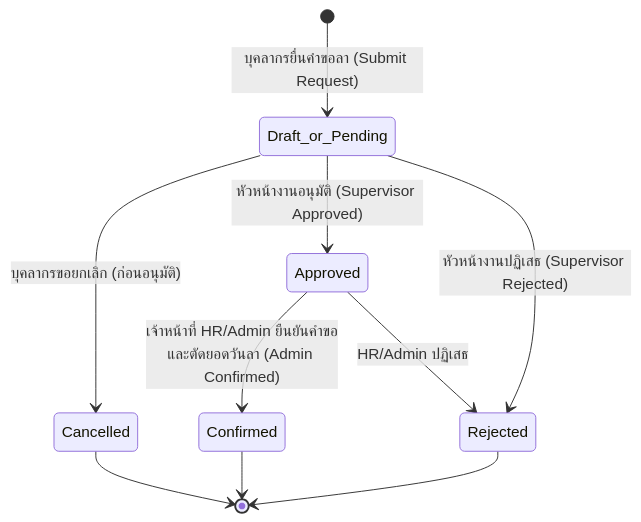
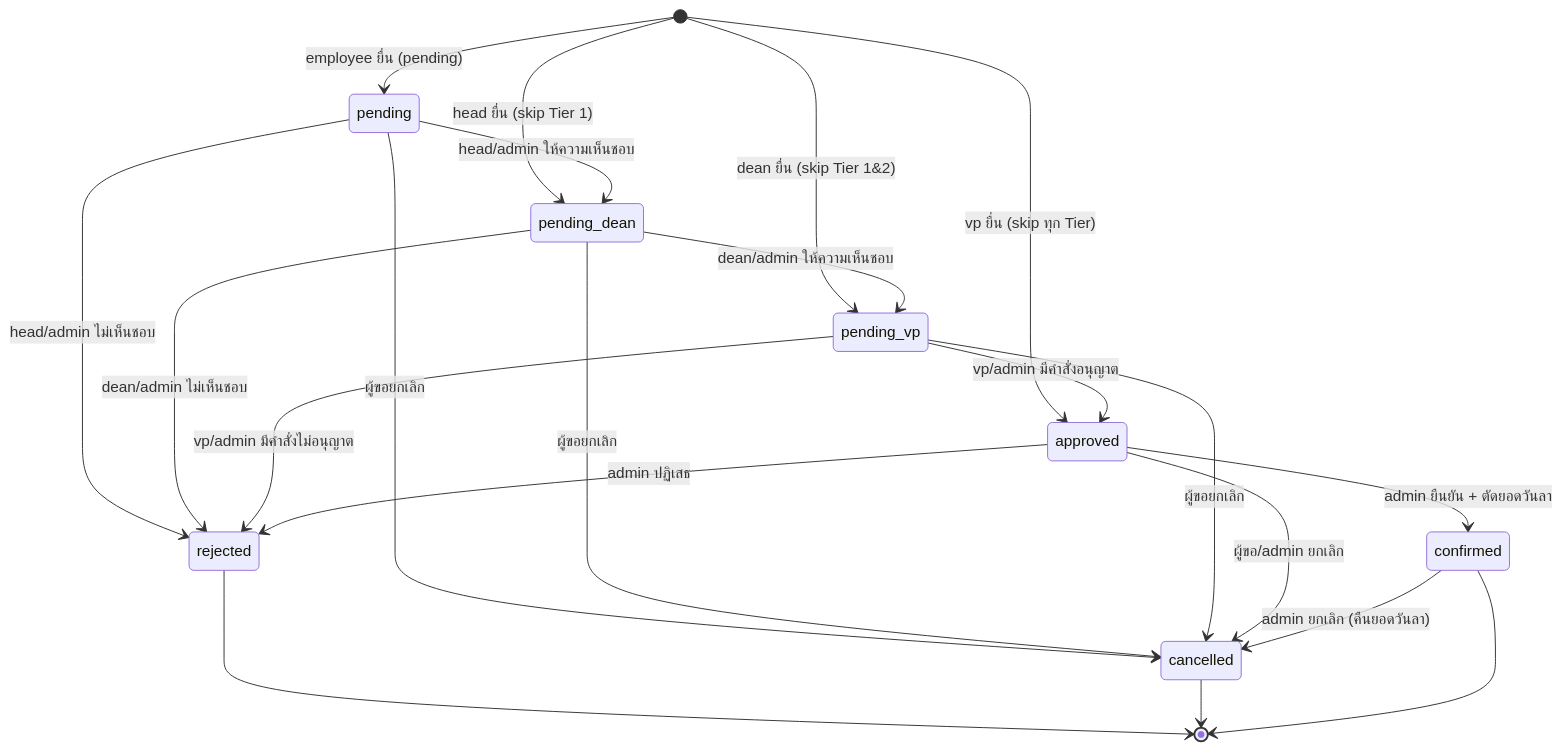
Before and after one commit to Frankk555555/Leave-Management-System: the diagram in PRODUCT.md, drawn with Mermaid. The commit also changed other lines of this file and 3 other files, not shown here.

````diff
--- a/PRODUCT.md
+++ b/PRODUCT.md
@@ -96,12 +131,29 @@
 ```mermaid
 stateDiagram-v2
-    [*] --> Draft_or_Pending: บุคลากรยื่นคำขอลา (Submit Request)
-    Draft_or_Pending --> Cancelled: บุคลากรขอยกเลิก (ก่อนอนุมัติ)
-    Draft_or_Pending --> Approved: หัวหน้างานอนุมัติ (Supervisor Approved)
-    Draft_or_Pending --> Rejected: หัวหน้างานปฏิเสธ (Supervisor Rejected)
-    Approved --> Confirmed: เจ้าหน้าที่ HR/Admin ยืนยันคำขอและตัดยอดวันลา (Admin Confirmed)
-    Approved --> Rejected: HR/Admin ปฏิเสธ
-    Rejected --> [*]
-    Cancelled --> [*]
-    Confirmed --> [*]
+    [*] --> pending: employee ยื่น (pending)
+    [*] --> pending_dean: head ยื่น (skip Tier 1)
+    [*] --> pending_vp: dean ยื่น (skip Tier 1&2)
+    [*] --> approved: vp ยื่น (skip ทุก Tier)
+
+    pending --> pending_dean: head/admin ให้ความเห็นชอบ
+    pending --> rejected: head/admin ไม่เห็นชอบ
+    pending --> cancelled: ผู้ขอยกเลิก
+
+    pending_dean --> pending_vp: dean/admin ให้ความเห็นชอบ
+    pending_dean --> rejected: dean/admin ไม่เห็นชอบ
+    pending_dean --> cancelled: ผู้ขอยกเลิก
+
+    pending_vp --> approved: vp/admin มีคำสั่งอนุญาต
+    pending_vp --> rejected: vp/admin มีคำสั่งไม่อนุญาต
+    pending_vp --> cancelled: ผู้ขอยกเลิก
+
+    approved --> confirmed: admin ยืนยัน + ตัดยอดวันลา
+    approved --> rejected: admin ปฏิเสธ
+    approved --> cancelled: ผู้ขอ/admin ยกเลิก
+
+    confirmed --> cancelled: admin ยกเลิก (คืนยอดวันลา)
+
+    rejected --> [*]
+    cancelled --> [*]
+    confirmed --> [*]
 ```
````
